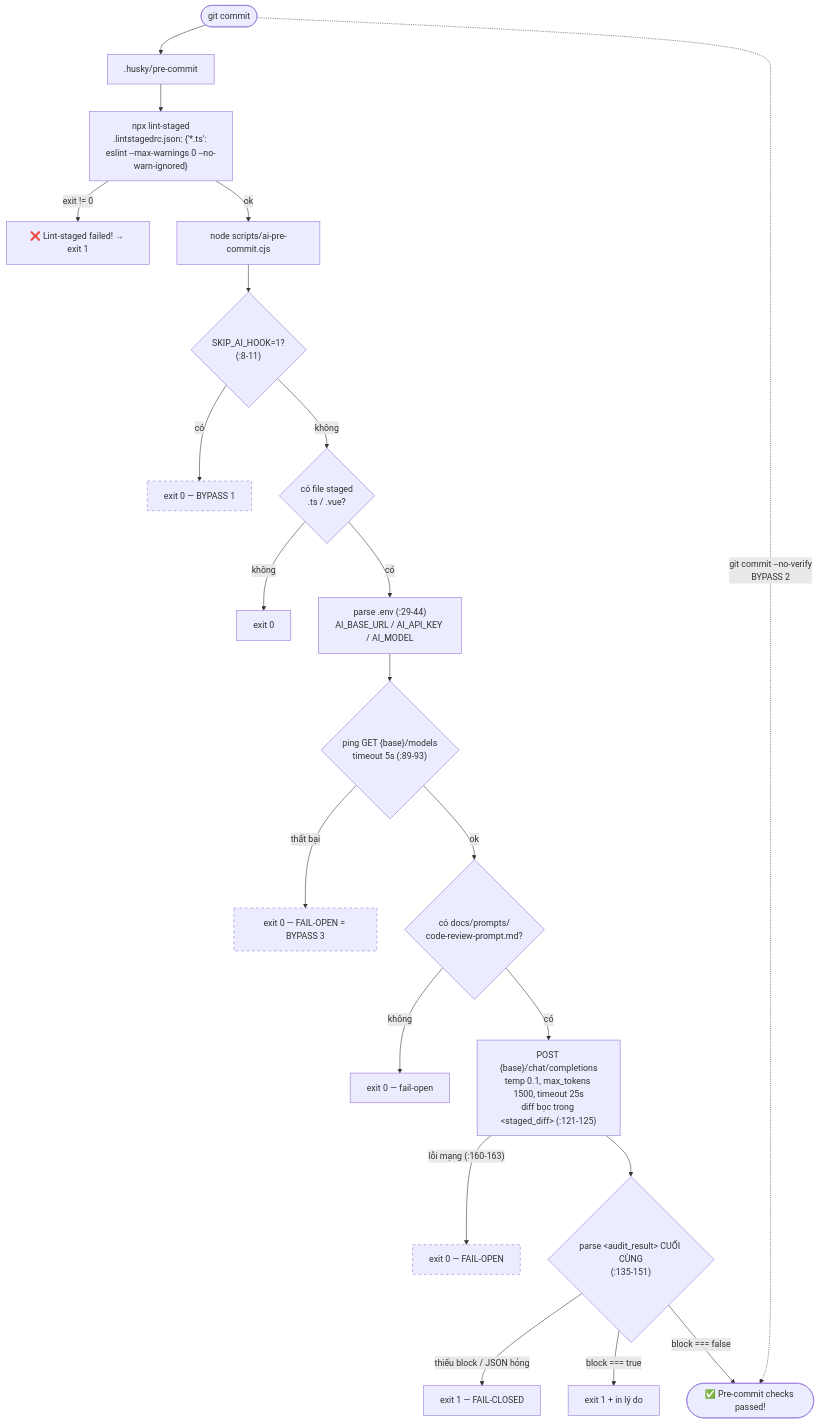
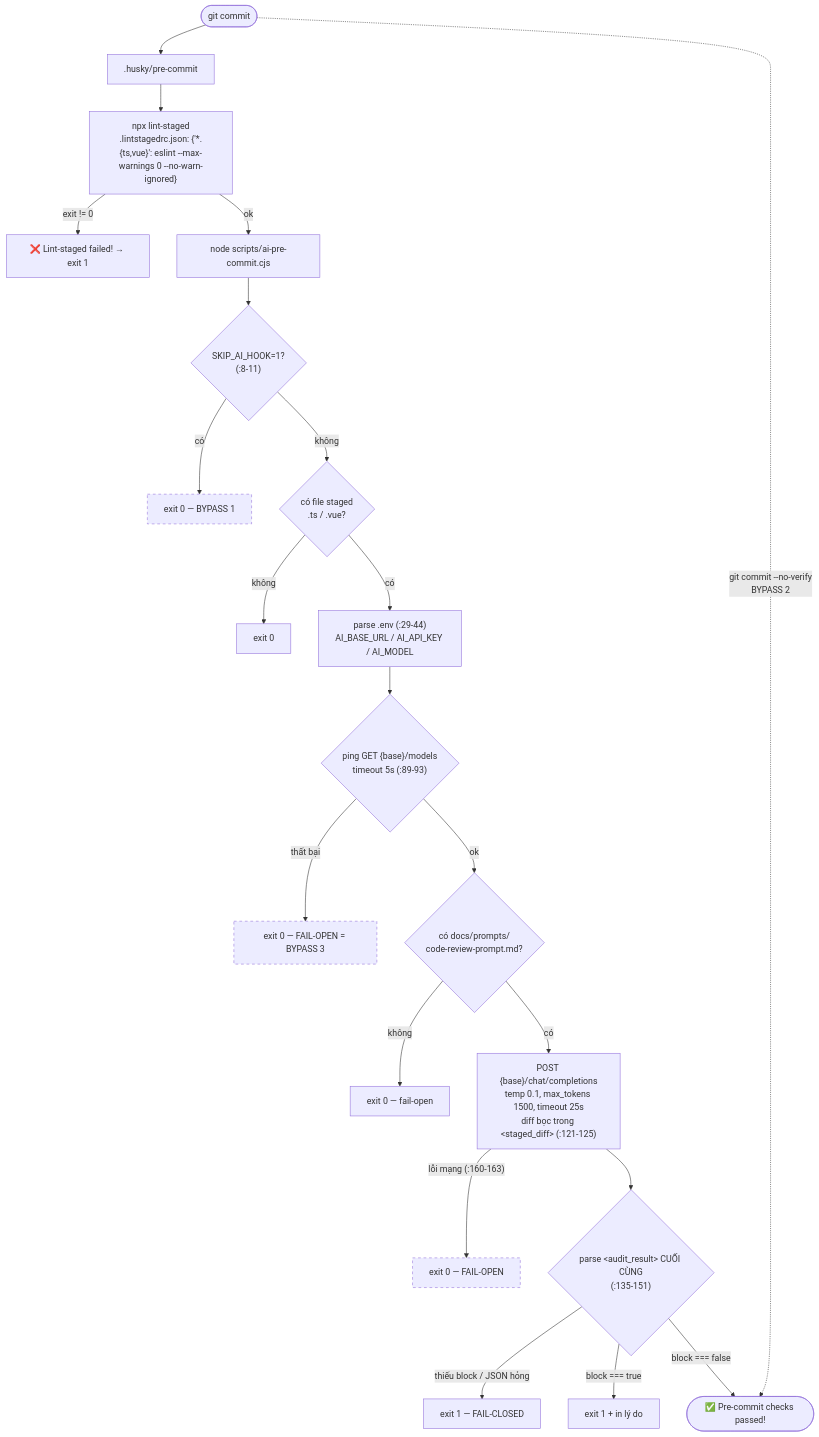
One commit to DuongNAD/LIVA changed the third of 4 diagrams in docs/02-van-hanh/04-kiem-thu-va-ci.md. Above: the diagram before and after it, drawn with Mermaid. The commit also changed other lines of this file and 11 other files, not shown here.

````diff
--- a/docs/02-van-hanh/04-kiem-thu-va-ci.md
+++ b/docs/02-van-hanh/04-kiem-thu-va-ci.md
@@ -255,29 +258,29 @@
 ```mermaid
 flowchart TD
     C0([git commit]) --> H1[".husky/pre-commit"]
-    H1 --> L["npx lint-staged<br/>.lintstagedrc.json: {'*.ts': eslint --max-warnings 0 --no-warn-ignored}"]
+    H1 --> L["npx lint-staged<br/>.lintstagedrc.json: {'*.{ts,vue}': eslint --max-warnings 0 --no-warn-ignored}"]
     L -->|"exit != 0"| FAIL1["❌ Lint-staged failed! → exit 1"]
     L -->|ok| AI["node scripts/ai-pre-commit.cjs"]
 
     AI --> S1{"SKIP_AI_HOOK=1?<br/>(:8-11)"}
     S1 -->|có| OK0["exit 0 — BYPASS 1"]
     S1 -->|không| S2{"có file staged<br/>.ts / .vue?"}
     S2 -->|không| OK1["exit 0"]
     S2 -->|có| S3["parse .env (:29-44)<br/>AI_BASE_URL / AI_API_KEY / AI_MODEL"]
     S3 --> S4{"ping GET {base}/models<br/>timeout 5s (:89-93)"}
     S4 -->|"thất bại"| OK2["exit 0 — FAIL-OPEN = BYPASS 3"]
     S4 -->|ok| S5{"có docs/prompts/<br/>code-review-prompt.md?"}
     S5 -->|không| OK3["exit 0 — fail-open"]
     S5 -->|có| S6["POST {base}/chat/completions<br/>temp 0.1, max_tokens 1500, timeout 25s<br/>diff bọc trong &lt;staged_diff&gt; (:121-125)"]
     S6 -->|"lỗi mạng (:160-163)"| OK4["exit 0 — FAIL-OPEN"]
     S6 --> V{"parse &lt;audit_result&gt; CUỐI CÙNG<br/>(:135-151)"}
     V -->|"thiếu block / JSON hỏng"| FAIL2["exit 1 — FAIL-CLOSED"]
     V -->|"block === true"| FAIL3["exit 1 + in lý do"]
     V -->|"block === false"| PASS(["✅ Pre-commit checks passed!"])
 
     C0 -. "git commit --no-verify<br/>BYPASS 2" .-> PASS
 
     style OK0 stroke-dasharray: 5 5
     style OK2 stroke-dasharray: 5 5
     style OK4 stroke-dasharray: 5 5
 ```
````
